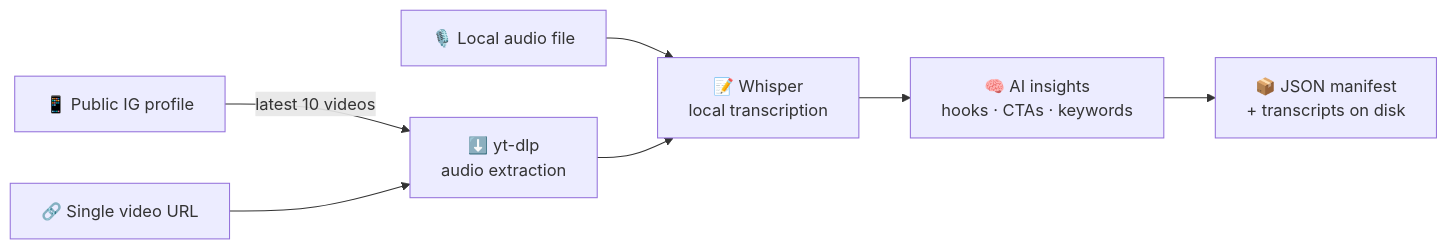
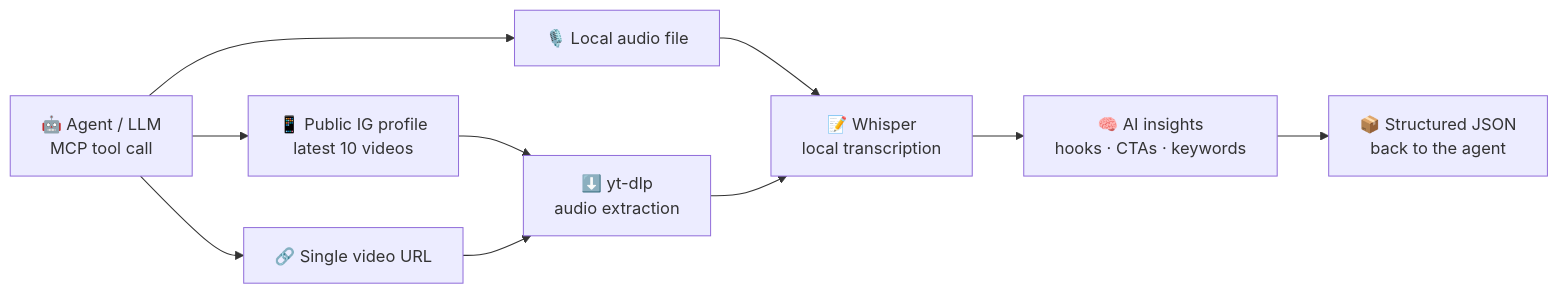
Before and after one commit to 4nw3rprod/ReelRecon: the diagram in README.md, drawn with Mermaid. The commit also changed other lines of this file, not shown here.

First line of the commit message:
Reposition README for agentic frameworks and LLM integrations

````diff
--- a/README.md
+++ b/README.md
@@ -65,9 +136,12 @@
 ```mermaid
 flowchart LR
-    A["📱 Public IG profile"] -->|latest 10 videos| C
-    B["🔗 Single video URL"] --> C["⬇️ yt-dlp<br/>audio extraction"]
-    D["🎙️ Local audio file"] --> E
-    C --> E["📝 Whisper<br/>local transcription"]
-    E --> F["🧠 AI insights<br/>hooks · CTAs · keywords"]
-    F --> G["📦 JSON manifest<br/>+ transcripts on disk"]
+    A["🤖 Agent / LLM<br/>MCP tool call"] --> B["📱 Public IG profile<br/>latest 10 videos"]
+    A --> C["🔗 Single video URL"]
+    A --> D["🎙️ Local audio file"]
+    B --> E["⬇️ yt-dlp<br/>audio extraction"]
+    C --> E
+    D --> F
+    E --> F["📝 Whisper<br/>local transcription"]
+    F --> G["🧠 AI insights<br/>hooks · CTAs · keywords"]
+    G --> H["📦 Structured JSON<br/>back to the agent"]
 ```
````
